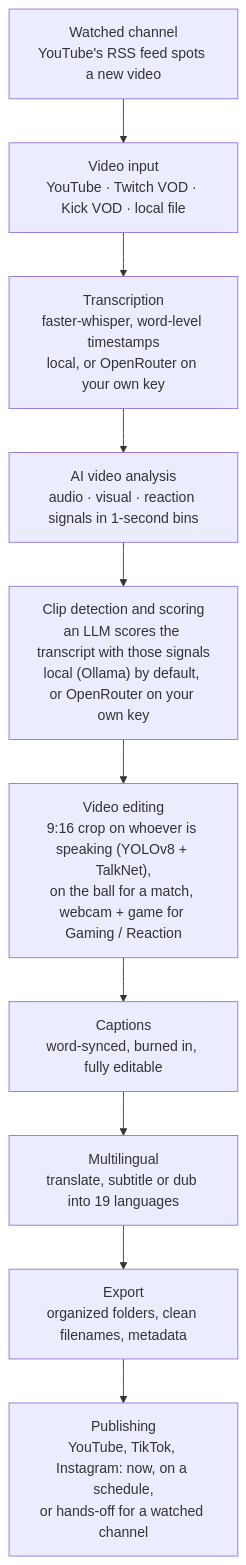
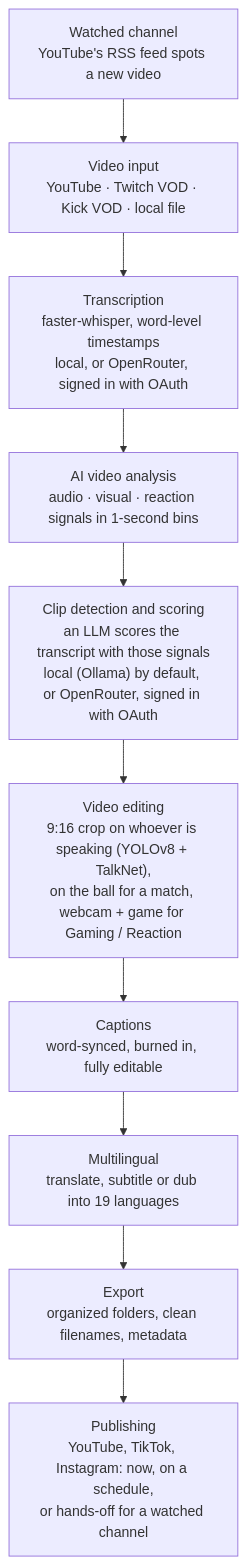
The diagram in README.md (starAIdeveloper/clips-studio), drawn with Mermaid before and after one commit. The commit also changed other lines of this file, not shown here.

Commit message:
README: OpenRouter is signed in with OAuth, not a key you paste

````diff
--- a/README.md
+++ b/README.md
@@ -135,13 +136,13 @@
 ```mermaid
 flowchart TD
     W["Watched channel<br/>YouTube's RSS feed spots a new video"] --> I
     I["Video input<br/>YouTube · Twitch VOD · Kick VOD · local file"] --> T
-    T["Transcription<br/>faster-whisper, word-level timestamps<br/>local, or OpenRouter on your own key"] --> A
+    T["Transcription<br/>faster-whisper, word-level timestamps<br/>local, or OpenRouter, signed in with OAuth"] --> A
     A["AI video analysis<br/>audio · visual · reaction signals in 1-second bins"] --> S
-    S["Clip detection and scoring<br/>an LLM scores the transcript with those signals<br/>local (Ollama) by default, or OpenRouter on your own key"] --> E
+    S["Clip detection and scoring<br/>an LLM scores the transcript with those signals<br/>local (Ollama) by default, or OpenRouter, signed in with OAuth"] --> E
     E["Video editing<br/>9:16 crop on whoever is speaking (YOLOv8 + TalkNet),<br/>on the ball for a match, webcam + game for Gaming / Reaction"] --> C
     C["Captions<br/>word-synced, burned in, fully editable"] --> M
     M["Multilingual<br/>translate, subtitle or dub into 19 languages"] --> X
     X["Export<br/>organized folders, clean filenames, metadata"] --> P
     P["Publishing<br/>YouTube, TikTok, Instagram: now, on a schedule,<br/>or hands-off for a watched channel"]
 ```
````
